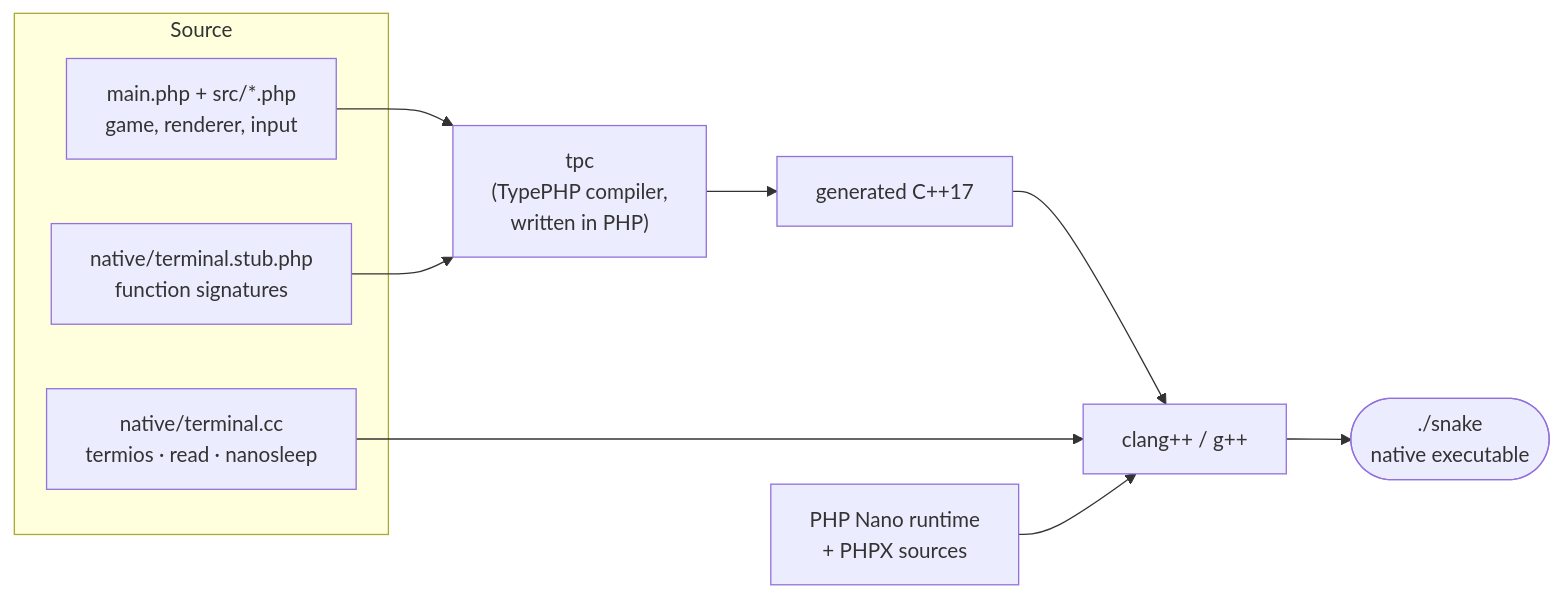
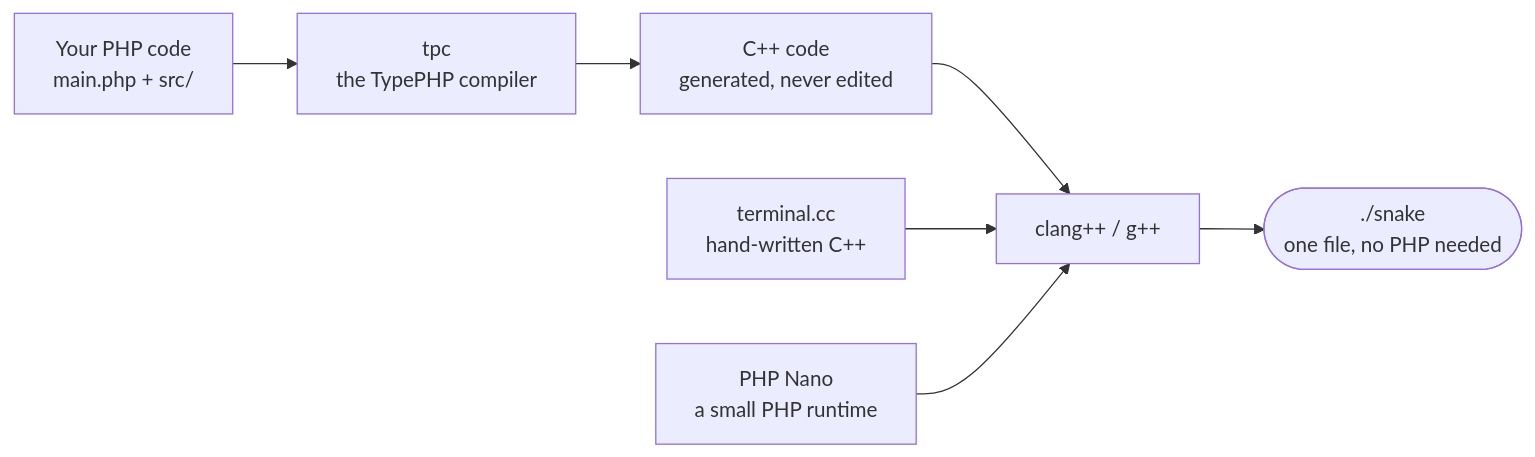
The diagram in README.md (NikitaSomik/typephp-snake), drawn with Mermaid before and after one commit. The commit also changed other lines of this file and 38 other files, not shown here.

````diff
--- a/README.md
+++ b/README.md
@@ -74,15 +85,9 @@
 ```mermaid
 flowchart LR
-    subgraph src [Source]
-        PHP["main.php + src/*.php<br/>game, renderer, input"]
-        CPP["native/terminal.cc<br/>termios · read · nanosleep"]
-        STUB["native/terminal.stub.php<br/>function signatures"]
-    end
-    PHP --> TPC["tpc<br/>(TypePHP compiler,<br/>written in PHP)"]
-    STUB --> TPC
-    TPC --> GEN["generated C++17"]
-    GEN --> CC["clang++ / g++"]
-    CPP --> CC
-    NANO["PHP Nano runtime<br/>+ PHPX sources"] --> CC
-    CC --> BIN(["./snake<br/>native executable"])
+    code["Your PHP code<br/>main.php + src/"] --> tpc["tpc<br/>the TypePHP compiler"]
+    tpc --> cpp["C++ code<br/>generated, never edited"]
+    cpp --> cc["clang++ / g++"]
+    term["terminal.cc<br/>hand-written C++"] --> cc
+    nano["PHP Nano<br/>a small PHP runtime"] --> cc
+    cc --> bin(["./snake<br/>one file, no PHP needed"])
 ```
````
